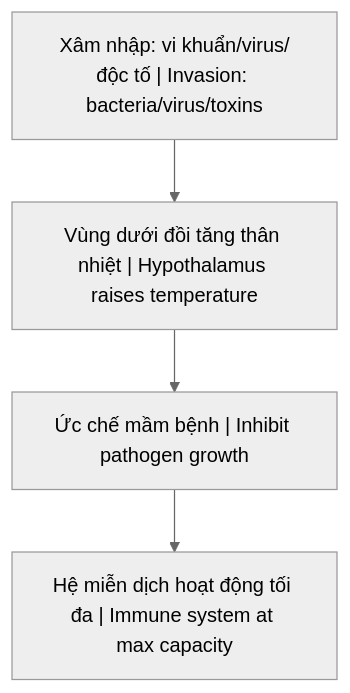
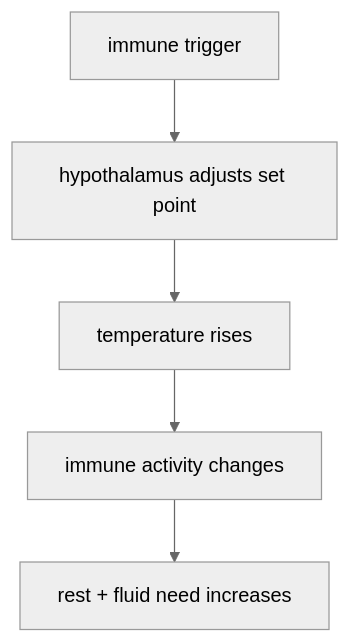
One commit to dyukahi/knowledge changed the first of 2 diagrams in health/Cơ Chế Tự Bảo Vệ Của Cơ Thể.md. Above: the diagram before and after it, drawn with Mermaid (neutral theme). The commit also changed other lines of this file and 5 other files, not shown here.

````diff
--- a/health/Cơ Chế Tự Bảo Vệ Của Cơ Thể.md
+++ b/health/Cơ Chế Tự Bảo Vệ Của Cơ Thể.md
@@ -56,9 +45,9 @@
 ```mermaid
 flowchart TD
-    A["Xâm nhập: vi khuẩn/virus/độc tố | Invasion: bacteria/virus/toxins"]
-    B["Vùng dưới đồi tăng thân nhiệt | Hypothalamus raises temperature"]
-    C["Ức chế mầm bệnh | Inhibit pathogen growth"]
-    D["Hệ miễn dịch hoạt động tối đa | Immune system at max capacity"]
-    
-    A --> B --> C --> D
+    A["immune trigger"]
+    B["hypothalamus adjusts set point"]
+    C["temperature rises"]
+    D["immune activity changes"]
+    E["rest + fluid need increases"]
+    A --> B --> C --> D --> E
 ```
````
